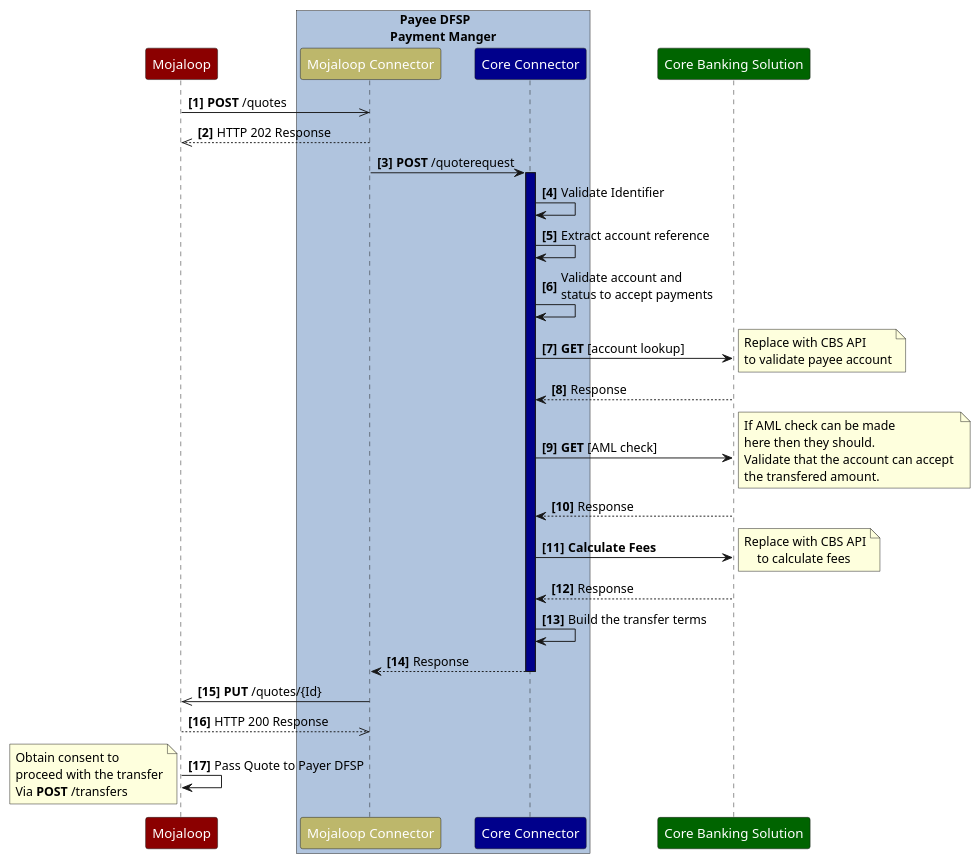
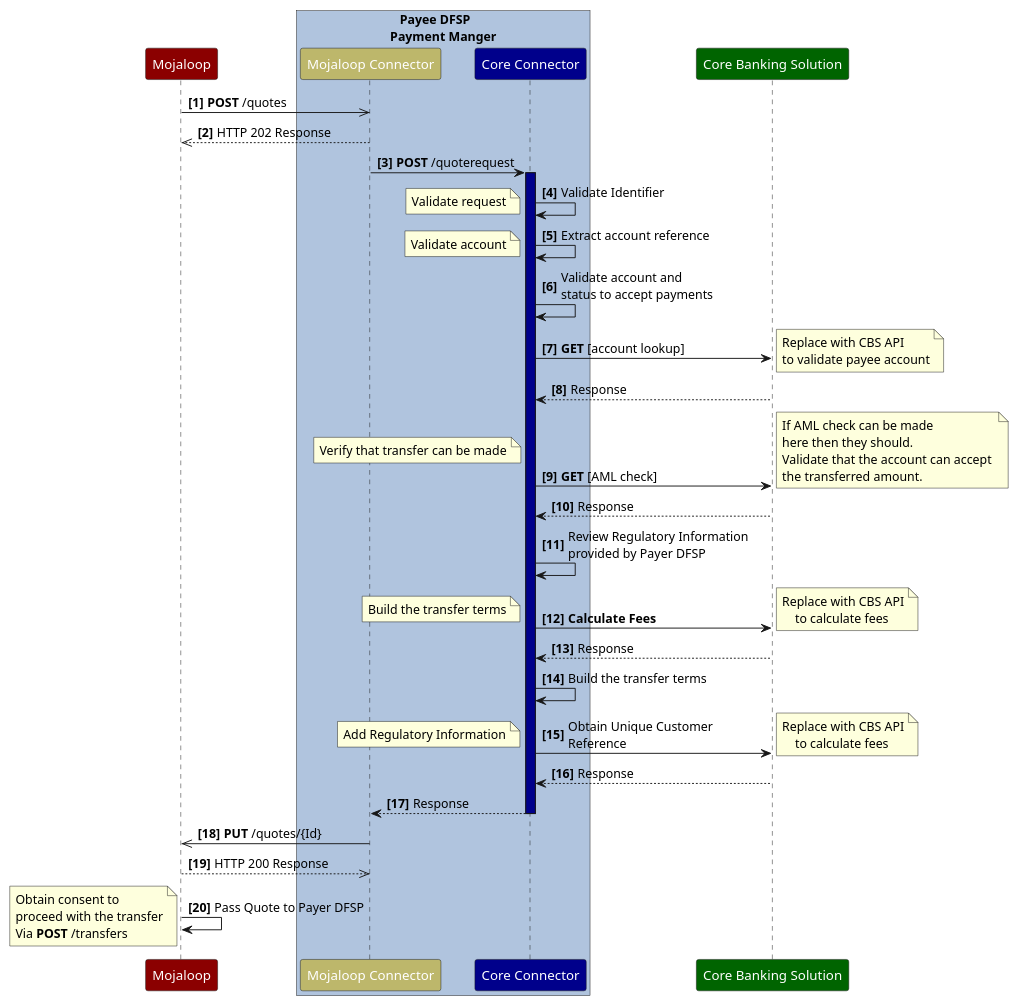
One commit to infitx-org/participation-tool-docs changed the diagram in DesignSequenceDiagrams/PayeeDFSPIdealPatternAgreement.PlantUML. Above: the diagram before and after it, drawn with PlantUML. The commit also changed 29 other files, not shown here.

```diff
--- a/DesignSequenceDiagrams/PayeeDFSPIdealPatternAgreement.PlantUML
+++ b/DesignSequenceDiagrams/PayeeDFSPIdealPatternAgreement.PlantUML
@@ -1,63 +1,85 @@
 @startuml PayeeDFSPIdealPatternAgreement
 /'*****
 --------------
 ******'/
 
 ' declare title
 ' title PayeeDFSPIdealPatternAgreement
 ' declare actors
 skinparam participant {
   FontColor white
 }
 participant "Mojaloop" as Switch #DarkRed
 box "   Payee DFSP\nPayment Manger" #LightSteelBlue
   participant "Mojaloop Connector" as MC #DarkKhaki
   participant "Core Connector" as CC  #DarkBlue
 end box
 participant "Core Banking Solution" as CBS #DarkGreen
 
 autonumber 1 1 "<b>[0]"
 
 
 Switch->>MC: **POST** /quotes
 MC-->>Switch: HTTP 202 Response
 MC->CC: **POST** /quoterequest
 activate CC #DarkBlue
 CC->CC: Validate Identifier
+note left
+ Validate request
+end note
     CC->CC: Extract account reference
+note left
+ Validate account
+end note
     CC->CC: Validate account and \nstatus to accept payments
     CC->CBS: **GET** [account lookup]
     note right 
     Replace with CBS API
     to validate payee account
     end note
     CBS-->CC: Response
     CC->CBS: **GET** [AML check]
+note left
+ Verify that transfer can be made
+end note
     note right 
     If AML check can be made 
     here then they should.
     Validate that the account can accept 
-    the transfered amount.   
+    the transferred amount.   
     end note
     CBS-->CC: Response
+    CC->CC: Review Regulatory Information \nprovided by Payer DFSP
     CC->CBS: **Calculate Fees**
+note left
+ Build the transfer terms
+end note
     note right 
     Replace with CBS API
         to calculate fees
     end note
     CBS-->CC: Response
     CC->CC: Build the transfer terms
+    CC->CBS: Obtain Unique Customer \nReference
+note left
+ Add Regulatory Information
+end note
+    note right 
+    Replace with CBS API
+        to calculate fees
+    end note
+    CBS-->CC: Response
 
 CC-->MC: Response
 deactivate CC
 MC->>Switch: **PUT** /quotes/{Id} 
 Switch-->>MC: HTTP 200 Response
 
 Switch->Switch: Pass Quote to Payer DFSP
 note left
 Obtain consent to 
 proceed with the transfer
 Via **POST** /transfers
 end note
 
 @enduml
```
